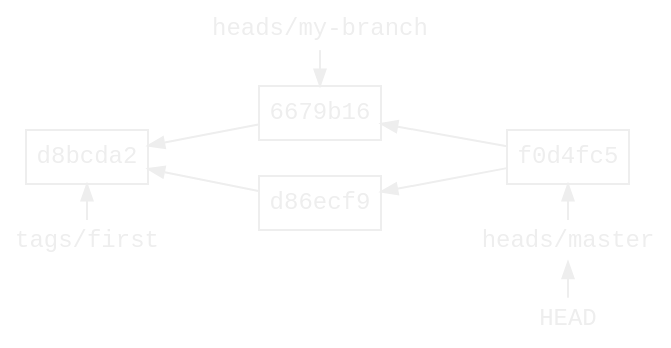
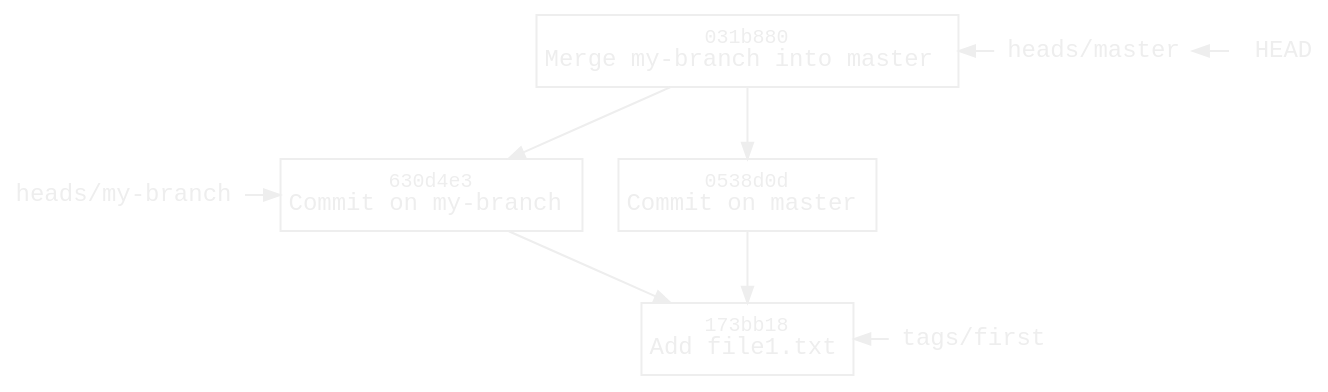
Before and after one commit to williamvds/website: the diagram in content/blog/git/branch-merge.dot, drawn with Graphviz. The commit also changed 16 other files, not shown here.

```diff
--- a/content/blog/git/branch-merge.dot
+++ b/content/blog/git/branch-merge.dot
@@ -1,44 +1,43 @@
 digraph branch {
     bgcolor = transparent
     color = white
-    rankdir = RL
-    ranksep = 0.2
-    node [fontname=monospace, fontsize=12, fontcolor="#eeeeee",
+
+    node [fontname=monospace, fontsize=12, fontcolor="#eeeeee"
           margin="0.06,0.1", height=0, color="#eeeeee"]
     edge [fontcolor="#eeeeee", color="#eeeeee", arrowsize=0.8]
 
     node [shape=box, labeldistance=0.2]
-    "d8bcda2"
-    "6679b16"
-    "d86ecf9"
-    "f0d4fc5"
+    "173bb18" [label=<<font point-size="10">173bb18</font><br/>Add file1.txt>]
+    "630d4e3" [label=<<font point-size="10">630d4e3</font><br/>Commit on my-branch>]
+    "0538d0d" [label=<<font point-size="10">0538d0d</font><br/>Commit on master>]
+    "031b880" [label=<<font point-size="10">031b880</font><br/>Merge my-branch into master>]
 
     node [shape=none, margin=0.05, height=0]
     HEAD
     master [label="heads/master"]
     my_branch [label="heads/my-branch"]
     first [label="tags/first"]
 
-    "6679b16" -> "d8bcda2"
-    "d86ecf9" -> "d8bcda2"
-    "f0d4fc5" -> "6679b16"
-    "f0d4fc5" -> "d86ecf9"
+    "630d4e3" -> "173bb18"
+    "0538d0d" -> "173bb18" [weight=2]
+    "031b880" -> "630d4e3"
+    "031b880" -> "0538d0d" [weight=2]
 
     {
         rank = same
-        first -> "d8bcda2" [constraint=false]
+        first -> "173bb18" [constraint=false]
     }
 
     {
         rank = same
-         // Force 6679b16 to be on top of d86ecf9
-        "6679b16" -> "d86ecf9" [style=invis, weight=1]
-        my_branch -> "6679b16"
+         // Force 630d4e3 to be on top of 0538d0d
+        "630d4e3" -> "0538d0d" [style=invis, weight=1]
+        my_branch -> "630d4e3"
     }
 
     {
         rank = same
         HEAD -> master [constraint=false]
-        master -> "f0d4fc5" [constraint=false]
+        master -> "031b880" [constraint=false]
     }
 }
```
